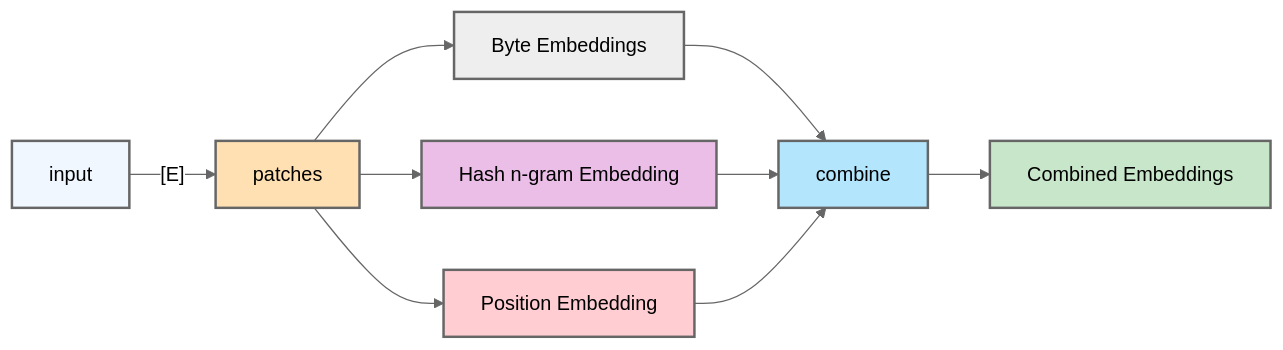
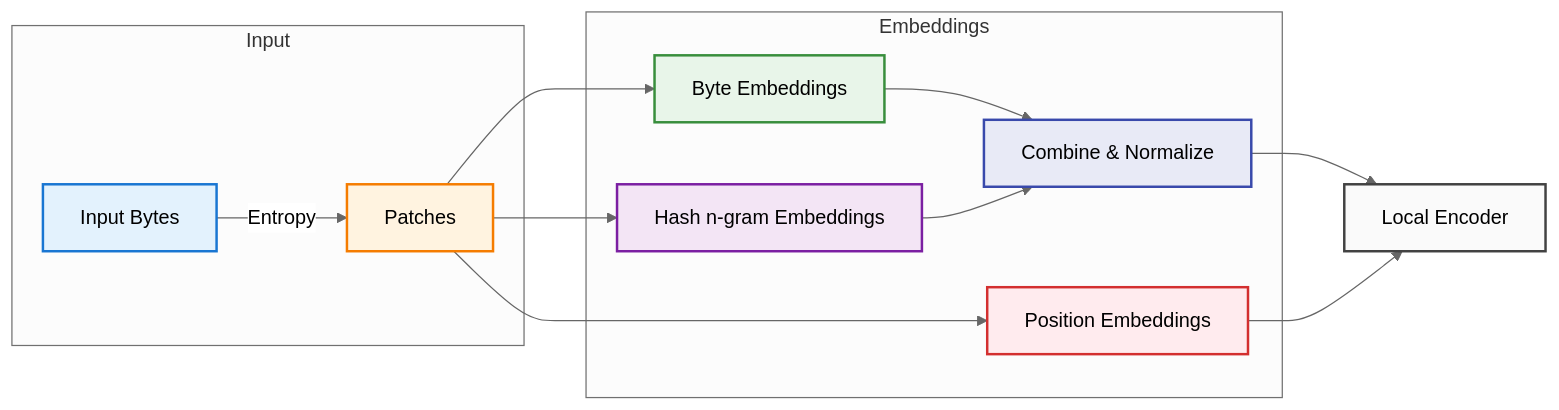
The first of 3 diagrams in blogger/content/blog/genai/inputs-to-byte-latent-transformer.md (sagarsrc/sagarsarkale.com), drawn with Mermaid (neutral theme) before and after one commit. The commit also changed other lines of this file, not shown here.

```diff
--- a/blogger/content/blog/genai/inputs-to-byte-latent-transformer.md
+++ b/blogger/content/blog/genai/inputs-to-byte-latent-transformer.md
@@ -63,20 +63,26 @@
 {{<mermaid>}}
 graph LR
-style input fill:#f0f7ff,stroke:#666,stroke-width:2px
-style patches fill:#ffe0b2,stroke:#666,stroke-width:2px
-style byte fill:#fge0b2,stroke:#666,stroke-width:2px
-style hash fill:#ebbee7,stroke:#666,stroke-width:2px
-style freq fill:#ffcdd2,stroke:#666,stroke-width:2px
-style combine fill:#b3e5fc,stroke:#666,stroke-width:2px
-style combined fill:#c8e6c9,stroke:#666,stroke-width:2px
+    subgraph Input
+        input[Input Bytes] --Entropy--> patches[Patches]
+    end
 
-    input --[E]--> patches
-    patches --> byte[Byte Embeddings]
-    patches --> hash[Hash n-gram Embedding]
-    patches --> freq[Position Embedding]
-    byte --> combine[combine]
-    hash --> combine
-    freq --> combine
-    combine --> combined[Combined Embeddings]
+    subgraph Embeddings
+        patches --> byte[Byte Embeddings]
+        patches --> hash[Hash n-gram Embeddings]
+        patches --> pos[Position Embeddings]
+        byte --> combine1[Combine & Normalize]
+        hash --> combine1
+    end
+
+    combine1 --> transformer[Local Encoder]
+    pos --> transformer
+
+    style input fill:#E3F2FD,stroke:#1976D2,stroke-width:2px
+    style patches fill:#FFF3E0,stroke:#F57C00,stroke-width:2px
+    style byte fill:#E8F5E9,stroke:#388E3C,stroke-width:2px
+    style hash fill:#F3E5F5,stroke:#7B1FA2,stroke-width:2px
+    style pos fill:#FFEBEE,stroke:#D32F2F,stroke-width:2px
+    style combine1 fill:#E8EAF6,stroke:#3949AB,stroke-width:2px
+    style transformer fill:#FAFAFA,stroke:#424242,stroke-width:2px
 
 {{</mermaid>}}
```
